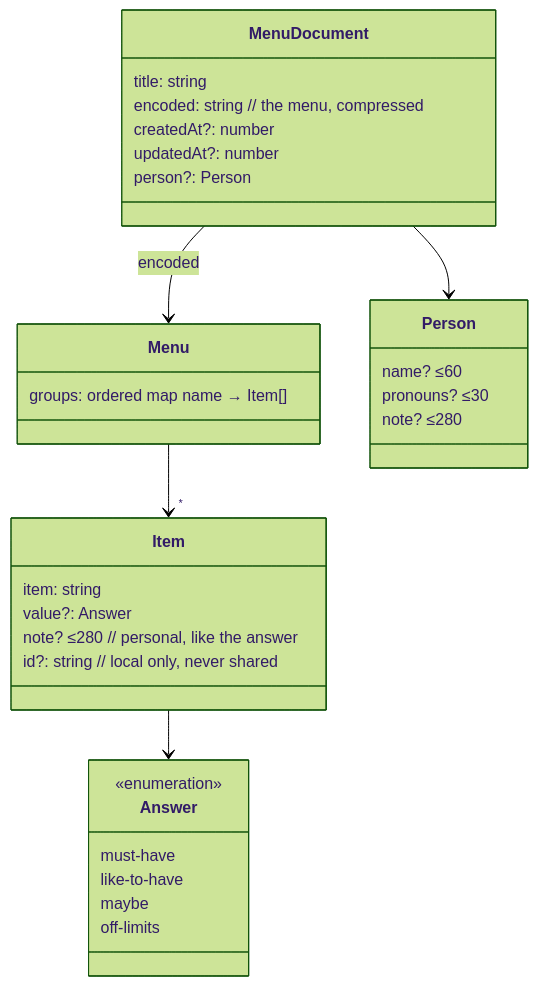
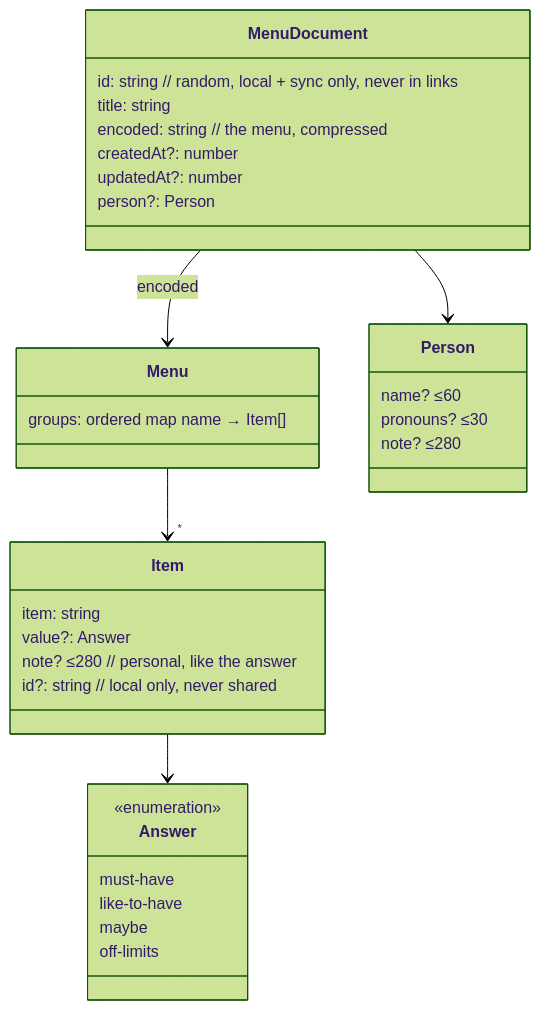
The second of 7 diagrams in docs/spec/README.md (robotoer/relationship-menu), drawn with Mermaid (forest theme) before and after one commit. The commit also changed other lines of this file and 24 other files, not shown here.

````diff
--- a/docs/spec/README.md
+++ b/docs/spec/README.md
@@ -53,35 +53,36 @@
 ```mermaid
 classDiagram
   class MenuDocument {
+    id: string        // random, local + sync only, never in links
     title: string
     encoded: string   // the menu, compressed
     createdAt?: number
     updatedAt?: number
     person?: Person
   }
   class Menu {
     groups: ordered map name → Item[]
   }
   class Item {
     item: string
     value?: Answer
     note? ≤280   // personal, like the answer
     id?: string  // local only, never shared
   }
   class Person {
     name? ≤60
     pronouns? ≤30
     note? ≤280
   }
   class Answer {
     <<enumeration>>
     must-have
     like-to-have
     maybe
     off-limits
   }
   MenuDocument --> Menu : encoded
   MenuDocument --> Person
   Menu --> "*" Item
   Item --> Answer
 ```
````
